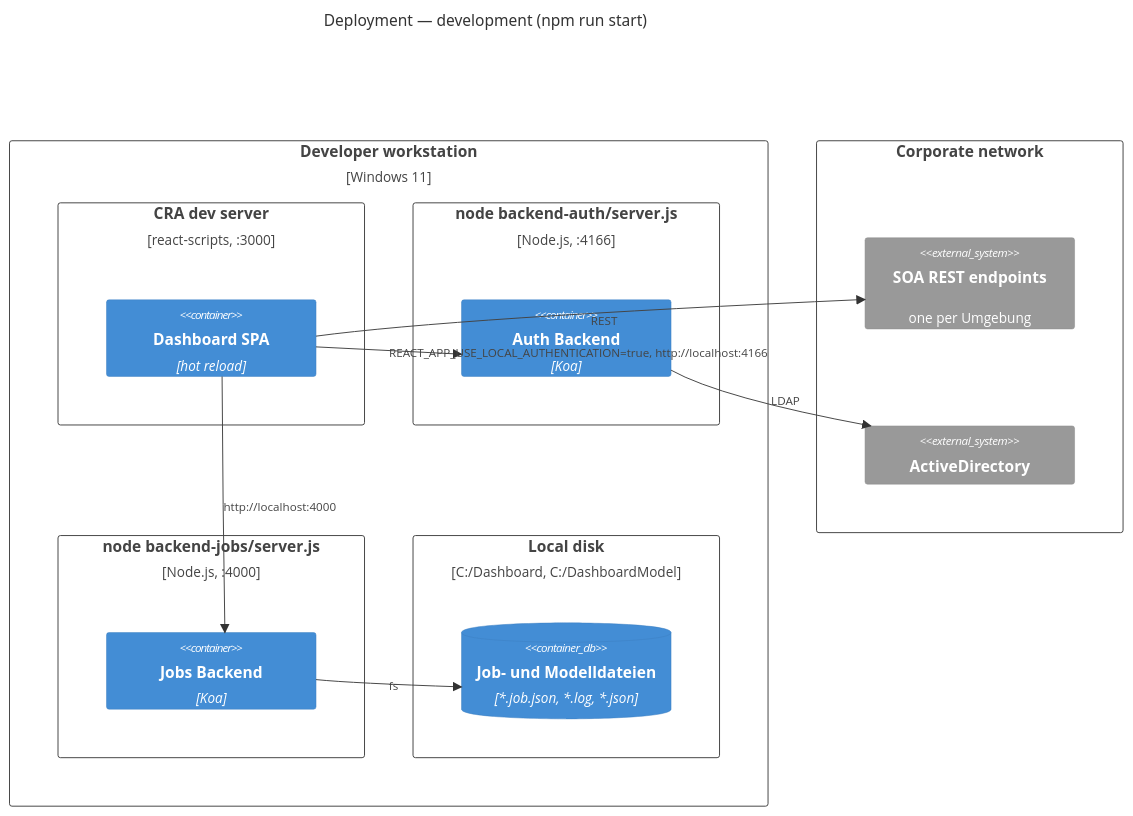
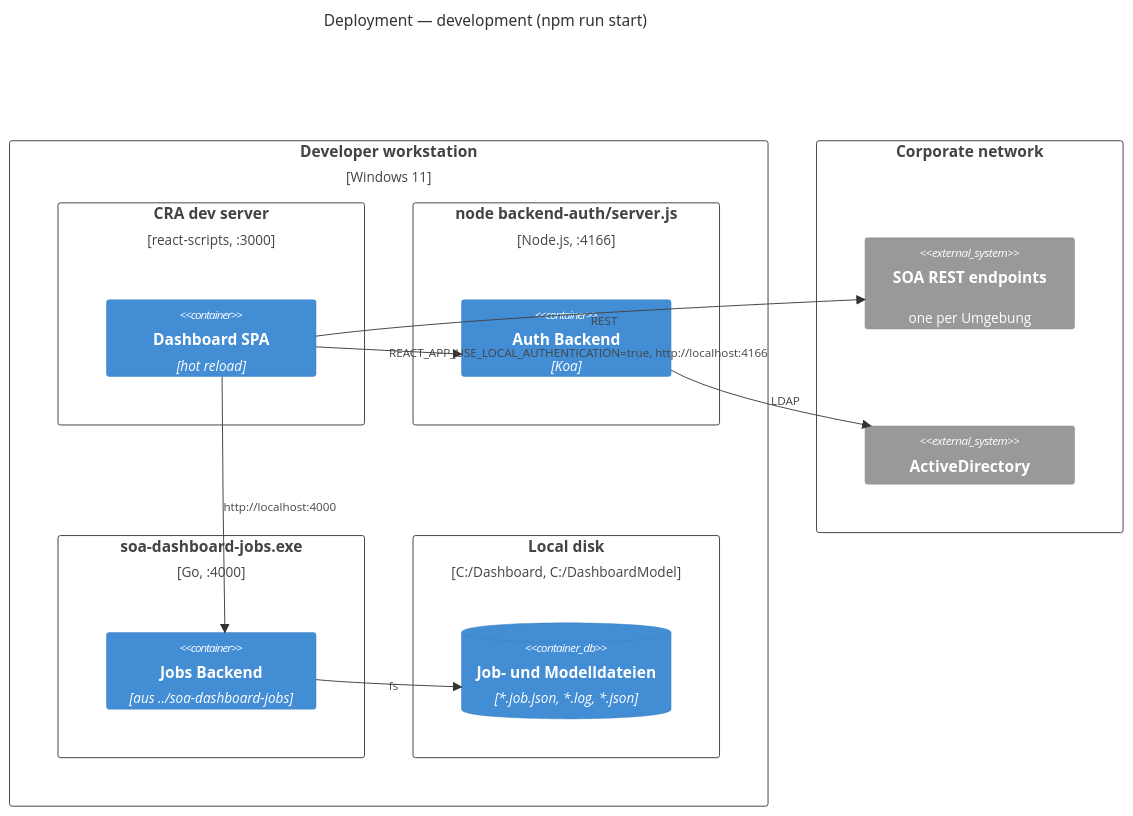
One commit to h9h/soa-dashboard changed the eighth of 11 diagrams in ARCHITECTURE.md. Above: the diagram before and after it, drawn with Mermaid. The commit also changed other lines of this file and 3 other files, not shown here.

````diff
--- a/ARCHITECTURE.md
+++ b/ARCHITECTURE.md
@@ -398,30 +377,30 @@
 ```mermaid
 C4Deployment
     title Deployment — development (npm run start)
 
     Deployment_Node(dev, "Developer workstation", "Windows 11") {
         Deployment_Node(cra, "CRA dev server", "react-scripts, :3000") {
             Container(spa, "Dashboard SPA", "hot reload", "")
         }
         Deployment_Node(nodeauth, "node backend-auth/server.js", "Node.js, :4166") {
             Container(auth, "Auth Backend", "Koa", "")
         }
-        Deployment_Node(nodejobs, "node backend-jobs/server.js", "Node.js, :4000") {
-            Container(jobs, "Jobs Backend", "Koa", "")
+        Deployment_Node(nodejobs, "soa-dashboard-jobs.exe", "Go, :4000") {
+            Container(jobs, "Jobs Backend", "aus ../soa-dashboard-jobs", "")
         }
         Deployment_Node(disk, "Local disk", "C:/Dashboard, C:/DashboardModel") {
             ContainerDb(files, "Job- und Modelldateien", "*.job.json, *.log, *.json", "")
         }
     }
 
     Deployment_Node(corp, "Corporate network", "") {
         System_Ext(soa, "SOA REST endpoints", "one per Umgebung")
         System_Ext(ad, "ActiveDirectory", "")
     }
 
     Rel(spa, auth, "REACT_APP_USE_LOCAL_AUTHENTICATION=true, http://localhost:4166")
     Rel(spa, jobs, "http://localhost:4000")
     Rel(spa, soa, "REST")
     Rel(auth, ad, "LDAP")
     Rel(jobs, files, "fs")
 ```
````
